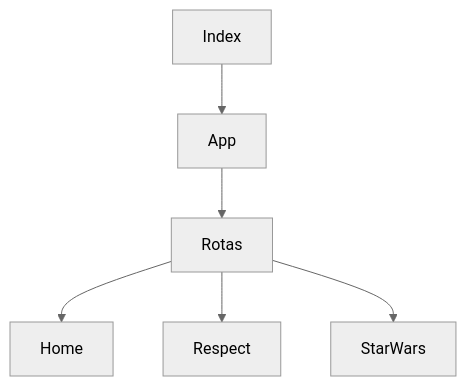
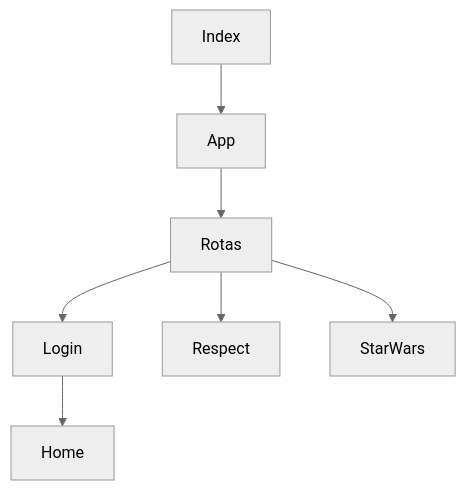
One commit to MQ-J/ReactMobile changed the diagram in README.md. Above: the diagram before and after it, drawn with Mermaid (neutral theme).

Commit message:
att fREADME's flow chart

````diff
--- a/README.md
+++ b/README.md
@@ -15,8 +15,9 @@
 ```mermaid
 graph TD;
     Index-->App;
     App-->Rotas;
-    Rotas-->Home;
+    Rotas-->Login;
+    Login-->Home;
     Rotas-->Respect;
     Rotas-->StarWars;
 ```
````
